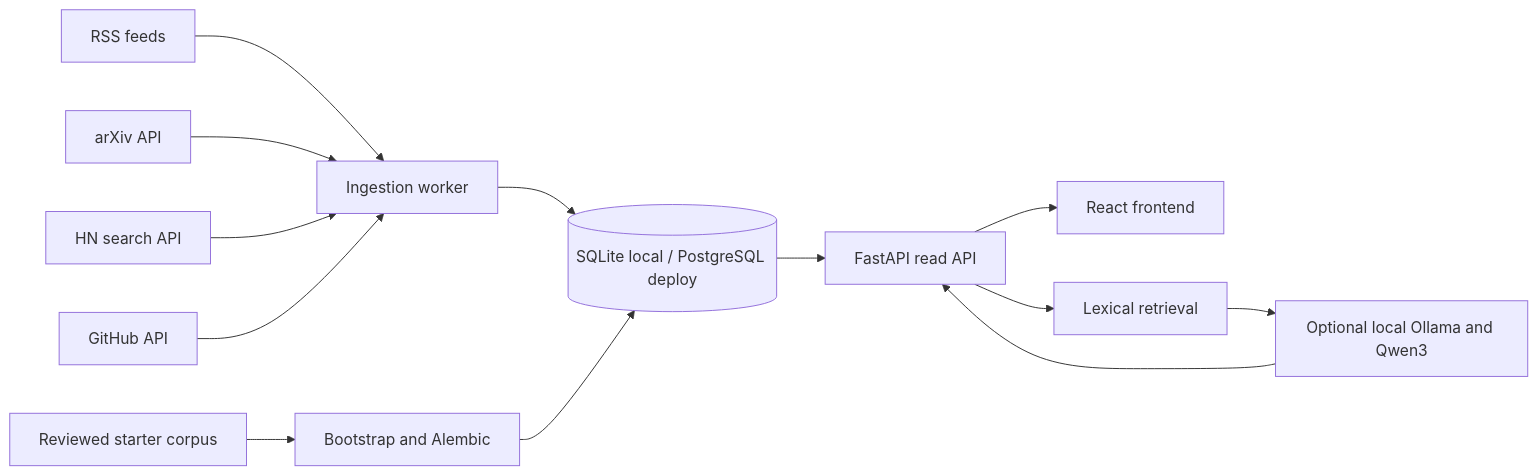
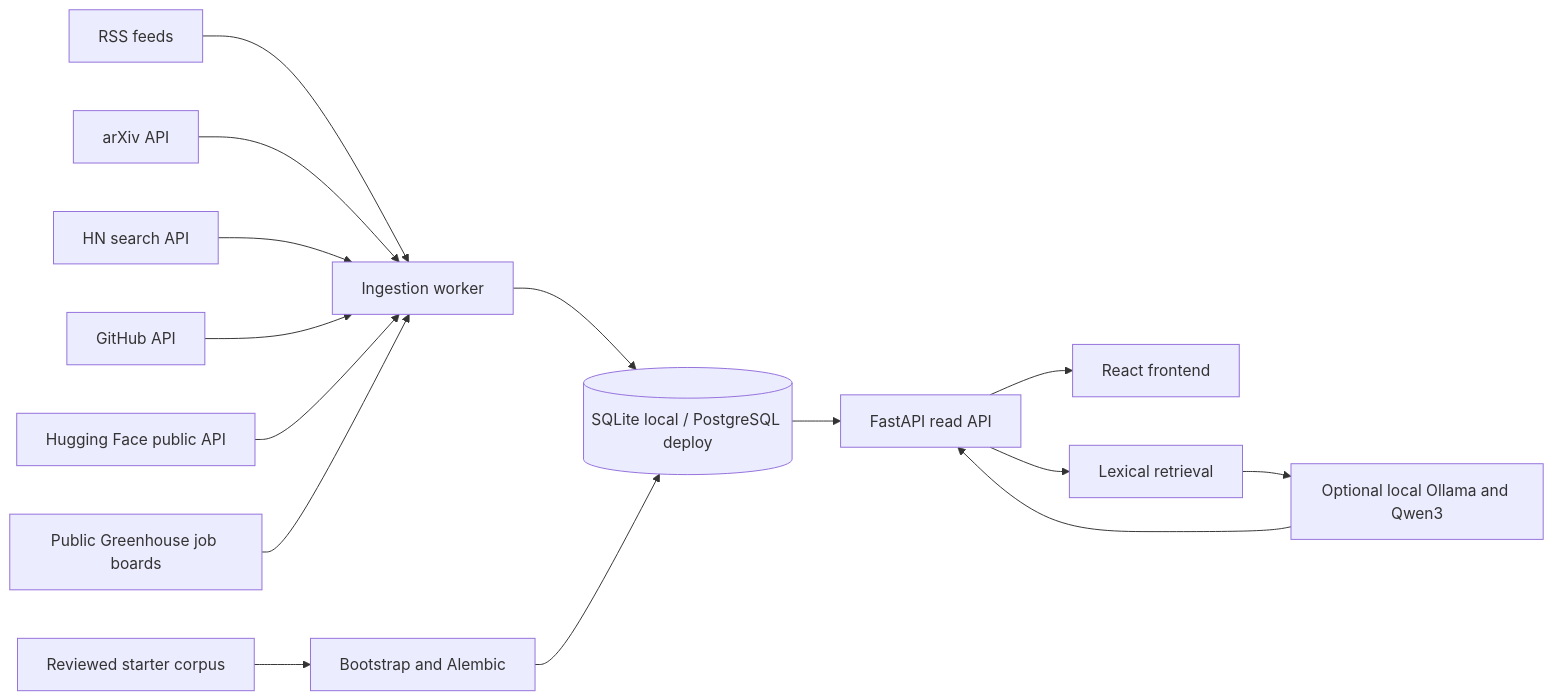
One commit to manasa1508/aitlas changed the diagram in ARCHITECTURE.md. Above: the diagram before and after it, drawn with Mermaid. The commit also changed other lines of this file and 13 other files, not shown here.

````diff
--- a/ARCHITECTURE.md
+++ b/ARCHITECTURE.md
@@ -21,15 +22,17 @@
 ```mermaid
 flowchart LR
   RSS[RSS feeds] --> W[Ingestion worker]
   AR[arXiv API] --> W
   HN[HN search API] --> W
   GH[GitHub API] --> W
+  HF[Hugging Face public API] --> W
+  ATS[Public Greenhouse job boards] --> W
   W --> D[(SQLite local / PostgreSQL deploy)]
   C[Reviewed starter corpus] --> B[Bootstrap and Alembic]
   B --> D
   D --> A[FastAPI read API]
   A --> F[React frontend]
   A --> R[Lexical retrieval]
   R --> L[Optional local Ollama and Qwen3]
   L --> A
 ```
````
